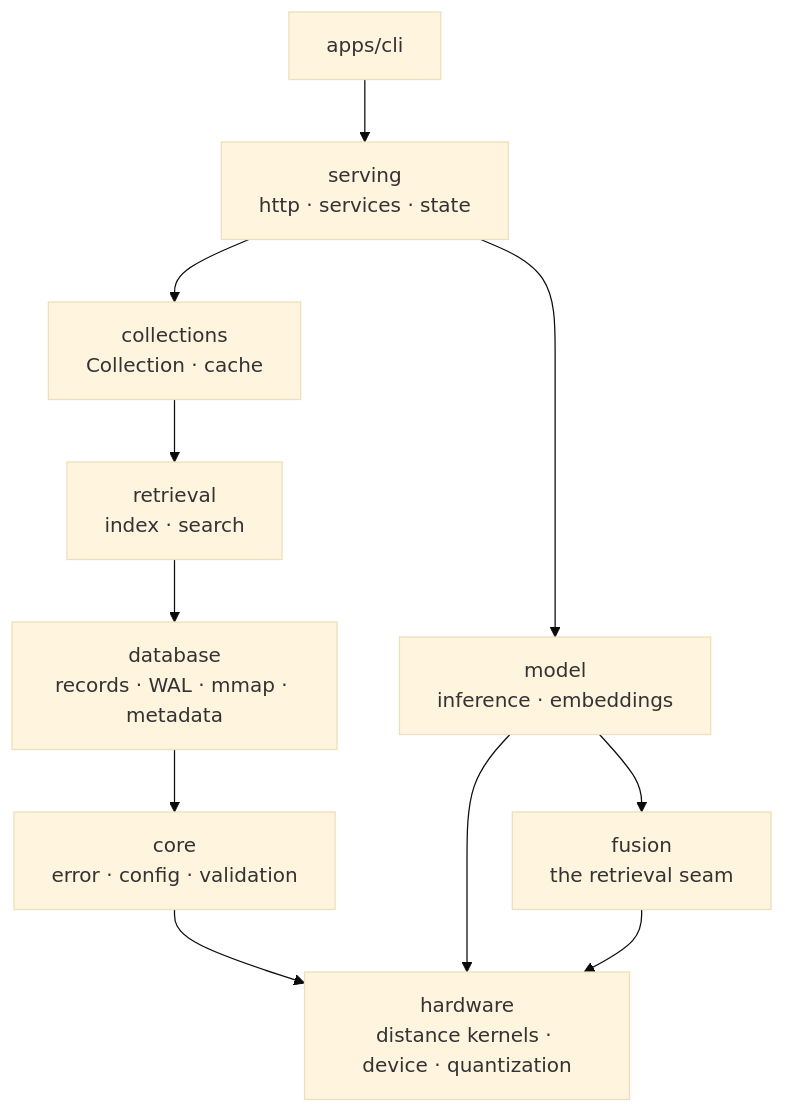
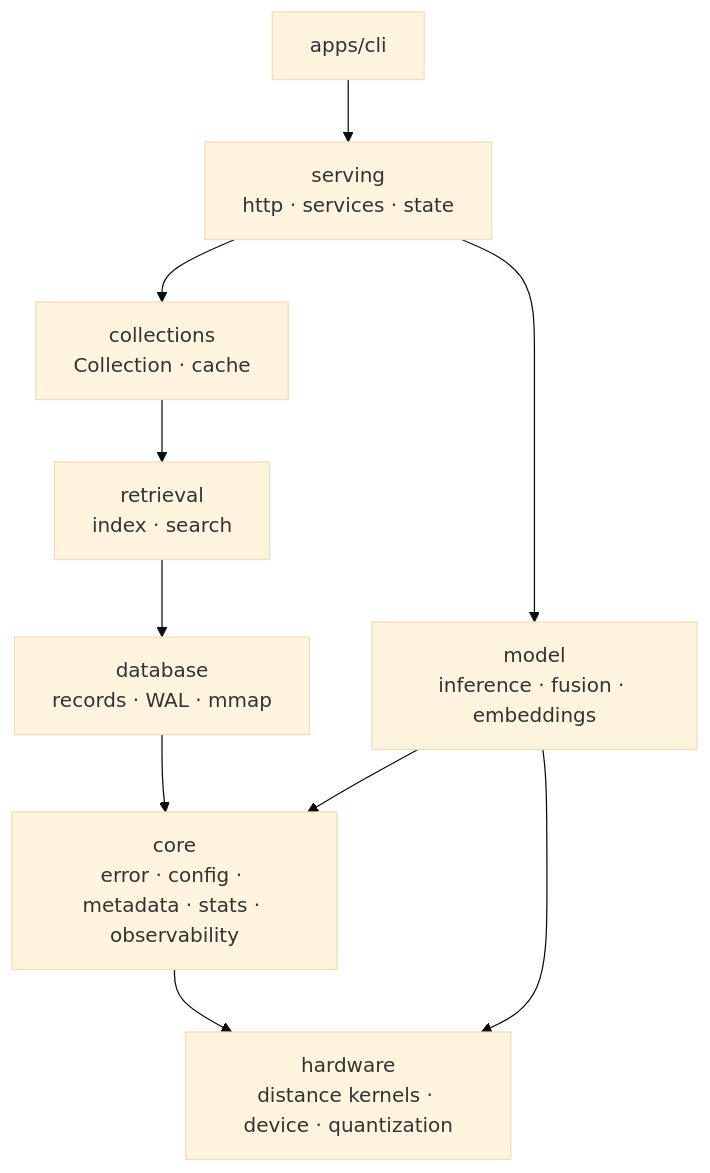
One commit to ashworks1706/Piramid changed the diagram in README.md. Above: the diagram before and after it, drawn with Mermaid (base theme). The commit also changed other lines of this file and 63 other files, not shown here.

First line of the commit message:
Fold fusion, observability, metadata and quantization into their owners

````diff
--- a/README.md
+++ b/README.md
@@ -35,23 +35,21 @@
 ```mermaid
 flowchart TD
     CLI[apps/cli]
     Serving[serving<br/>http · services · state]
-    Model[model<br/>inference · embeddings]
-    Fusion[fusion<br/>the retrieval seam]
+    Model[model<br/>inference · fusion · embeddings]
     Collections[collections<br/>Collection · cache]
     Retrieval[retrieval<br/>index · search]
-    Database[database<br/>records · WAL · mmap · metadata]
-    Core[core<br/>error · config · validation]
+    Database[database<br/>records · WAL · mmap]
+    Core[core<br/>error · config · metadata · stats · observability]
     Hardware[hardware<br/>distance kernels · device · quantization]
 
     CLI --> Serving
     Serving --> Collections
     Serving --> Model
     Collections --> Retrieval
     Retrieval --> Database
-    Model --> Fusion
     Database --> Core
     Core --> Hardware
     Model --> Hardware
-    Fusion --> Hardware
+    Model --> Core
 ```
````
